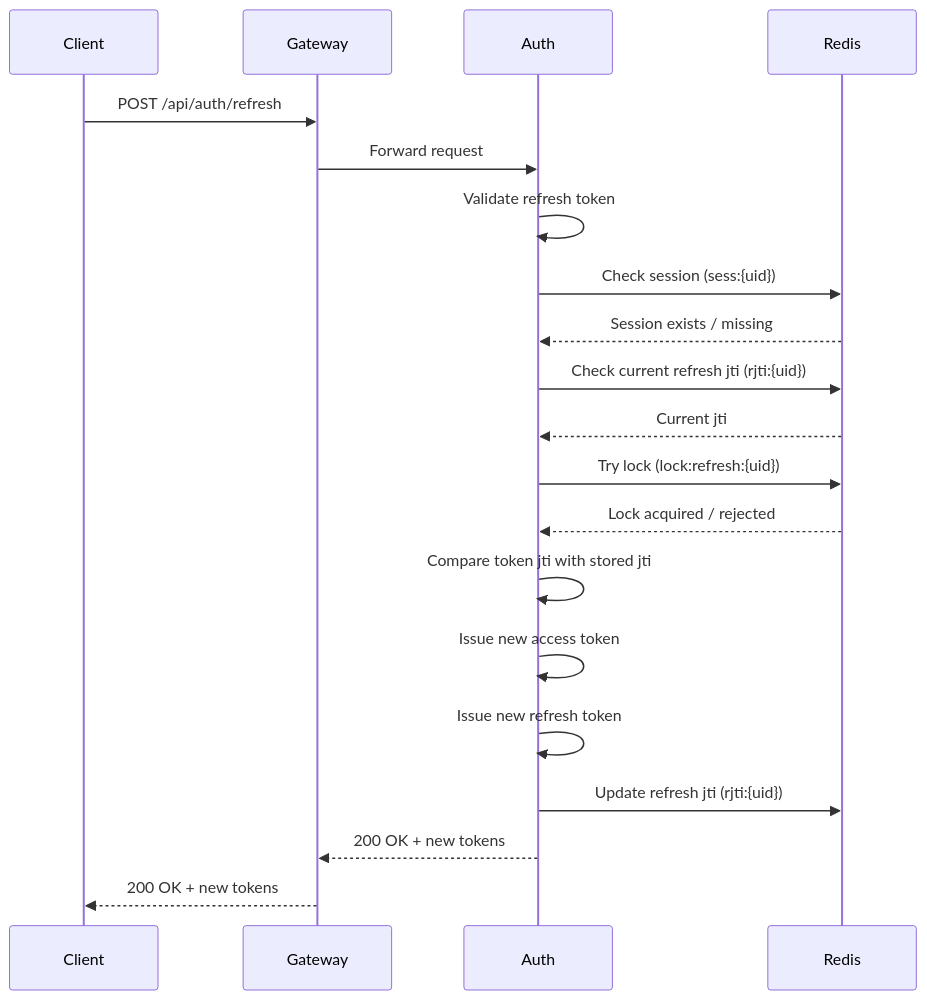
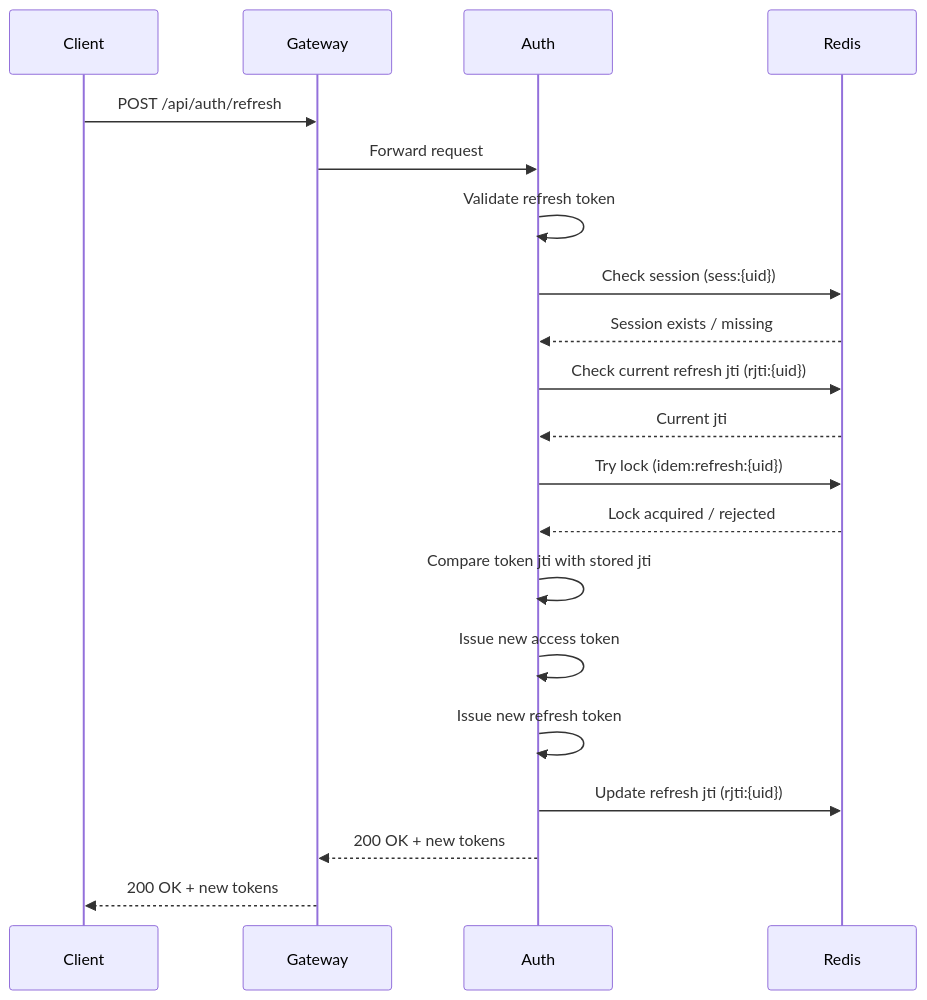
The fourth of 4 diagrams in docs/request-flows.md (asasia1935/identity-platform), drawn with Mermaid before and after one commit.

Commit message:
docs(redis): fix incorrect idempotency key prefix
- change key prefix from lock: to idem: to match implementation

````diff
--- a/docs/request-flows.md
+++ b/docs/request-flows.md
@@ -129,23 +129,23 @@
 ```mermaid
 sequenceDiagram
     participant Client
     participant Gateway
     participant Auth
     participant Redis
 
     Client->>Gateway: POST /api/auth/refresh
     Gateway->>Auth: Forward request
     Auth->>Auth: Validate refresh token
     Auth->>Redis: Check session (sess:{uid})
     Redis-->>Auth: Session exists / missing
     Auth->>Redis: Check current refresh jti (rjti:{uid})
     Redis-->>Auth: Current jti
-    Auth->>Redis: Try lock (lock:refresh:{uid})
+    Auth->>Redis: Try lock (idem:refresh:{uid})
     Redis-->>Auth: Lock acquired / rejected
     Auth->>Auth: Compare token jti with stored jti
     Auth->>Auth: Issue new access token
     Auth->>Auth: Issue new refresh token
     Auth->>Redis: Update refresh jti (rjti:{uid})
     Auth-->>Gateway: 200 OK + new tokens
     Gateway-->>Client: 200 OK + new tokens
 ```
````
